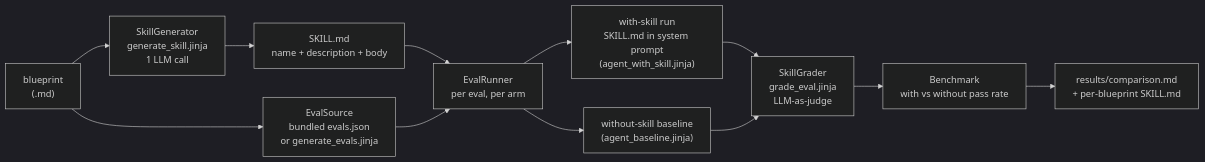
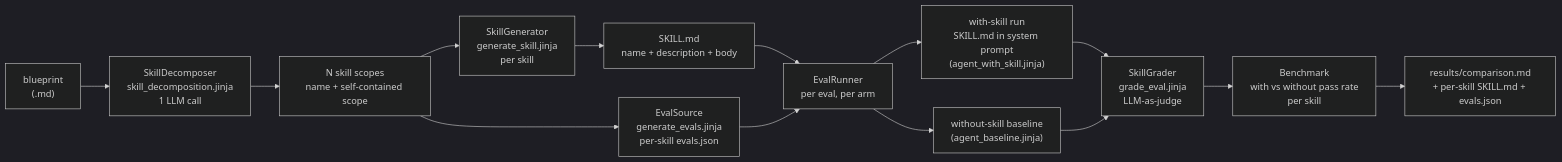
One commit to iromu/embabel-smith changed the diagram in poc/poc-25-skill-generation/README.md. Above: the diagram before and after it, drawn with Mermaid (dark theme). The commit also changed other lines of this file and 40 other files, not shown here.

````diff
--- a/poc/poc-25-skill-generation/README.md
+++ b/poc/poc-25-skill-generation/README.md
@@ -29,14 +35,16 @@
 ```mermaid
 flowchart LR
-    BP["blueprint<br/>(.md)"] --> GEN["SkillGenerator<br/>generate_skill.jinja<br/>1 LLM call"]
+    BP["blueprint<br/>(.md)"] --> DEC["SkillDecomposer<br/>skill_decomposition.jinja<br/>1 LLM call"]
+    DEC --> SC["N skill scopes<br/>name + self-contained scope"]
+    SC --> GEN["SkillGenerator<br/>generate_skill.jinja<br/>per skill"]
     GEN --> SK["SKILL.md<br/>name + description + body"]
-    BP --> EV["EvalSource<br/>bundled evals.json<br/>or generate_evals.jinja"]
+    SC --> EV["EvalSource<br/>generate_evals.jinja<br/>per-skill evals.json"]
     SK --> RUN["EvalRunner<br/>per eval, per arm"]
     EV --> RUN
     RUN --> WITH["with-skill run<br/>SKILL.md in system prompt<br/>(agent_with_skill.jinja)"]
     RUN --> WITHOUT["without-skill baseline<br/>(agent_baseline.jinja)"]
     WITH --> GR["SkillGrader<br/>grade_eval.jinja<br/>LLM-as-judge"]
     WITHOUT --> GR
-    GR --> BENCH["Benchmark<br/>with vs without pass rate"]
-    BENCH --> REP["results/comparison.md<br/>+ per-blueprint SKILL.md"]
+    GR --> BENCH["Benchmark<br/>with vs without pass rate<br/>per skill"]
+    BENCH --> REP["results/comparison.md<br/>+ per-skill SKILL.md + evals.json"]
 ```
````
